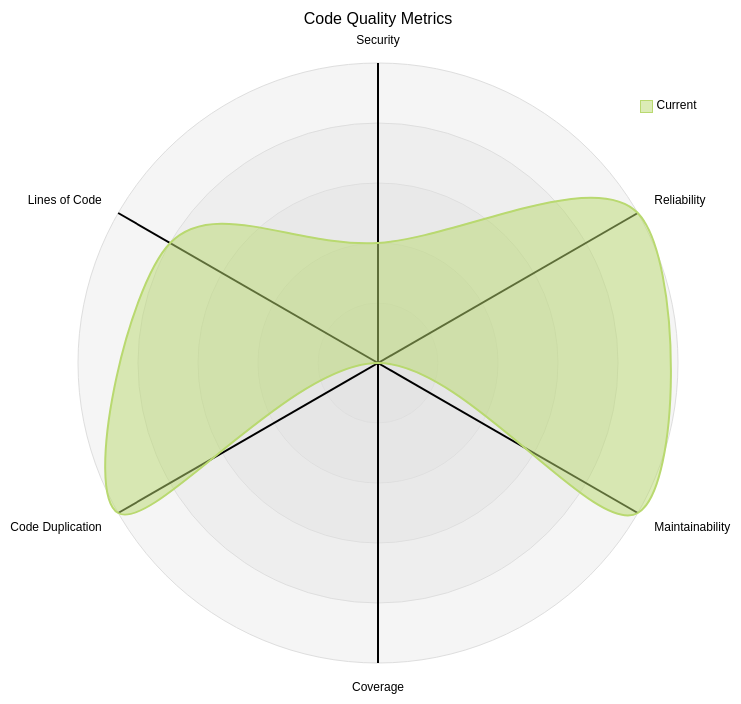
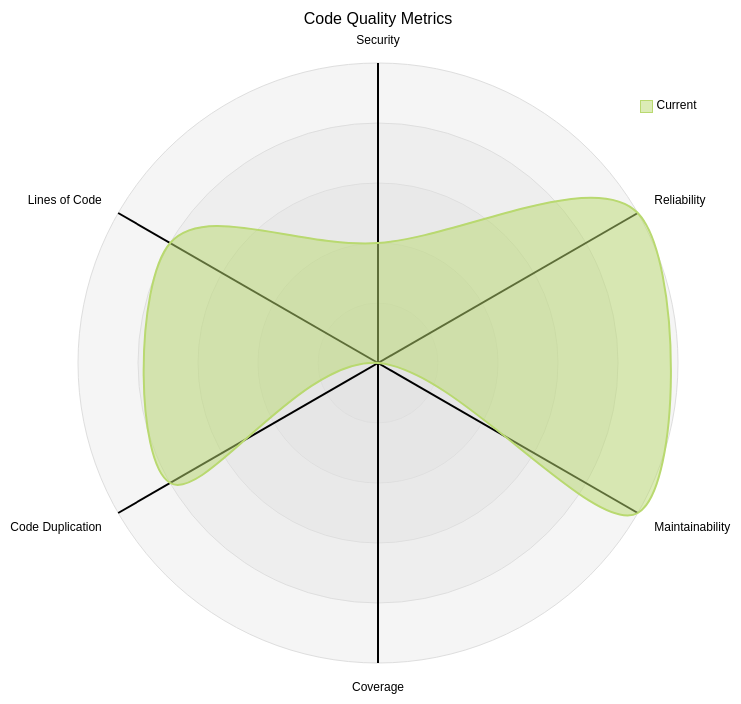
One commit to merlinbecker/CodexMiroir changed the diagram in codequality/report.md. Above: the diagram before and after it, drawn with Mermaid (forest theme). The commit also changed other lines of this file, not shown here.

````diff
--- a/codequality/report.md
+++ b/codequality/report.md
@@ -3,11 +3,11 @@
 ```mermaid
 ---
 title: "Code Quality Metrics"
 ---
 radar-beta
   axis s["Security"], r["Reliability"], m["Maintainability"]
   axis c["Coverage"], d["Code Duplication"], l["Lines of Code"]
-  curve current["Current"]{2, 5, 5, 0, 5, 4}
+  curve current["Current"]{2, 5, 5, 0, 4, 4}
   max 5
   min 0
 ```
````
